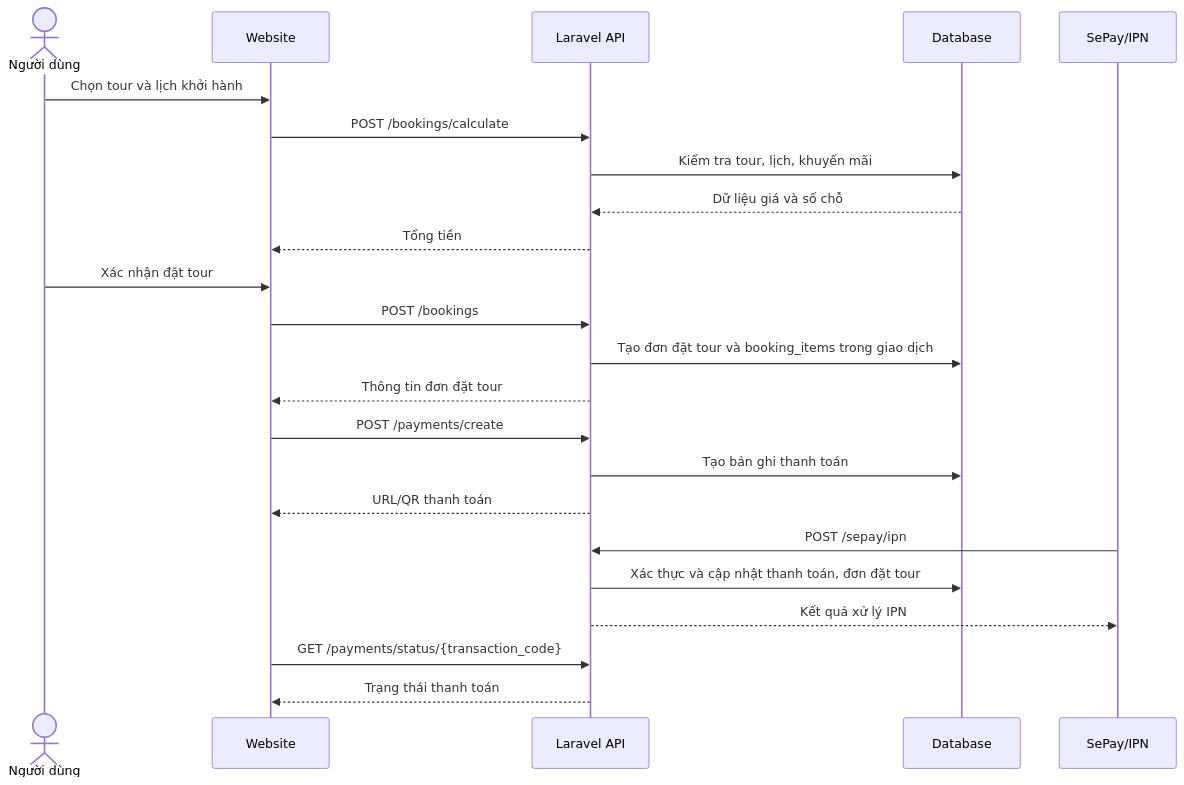
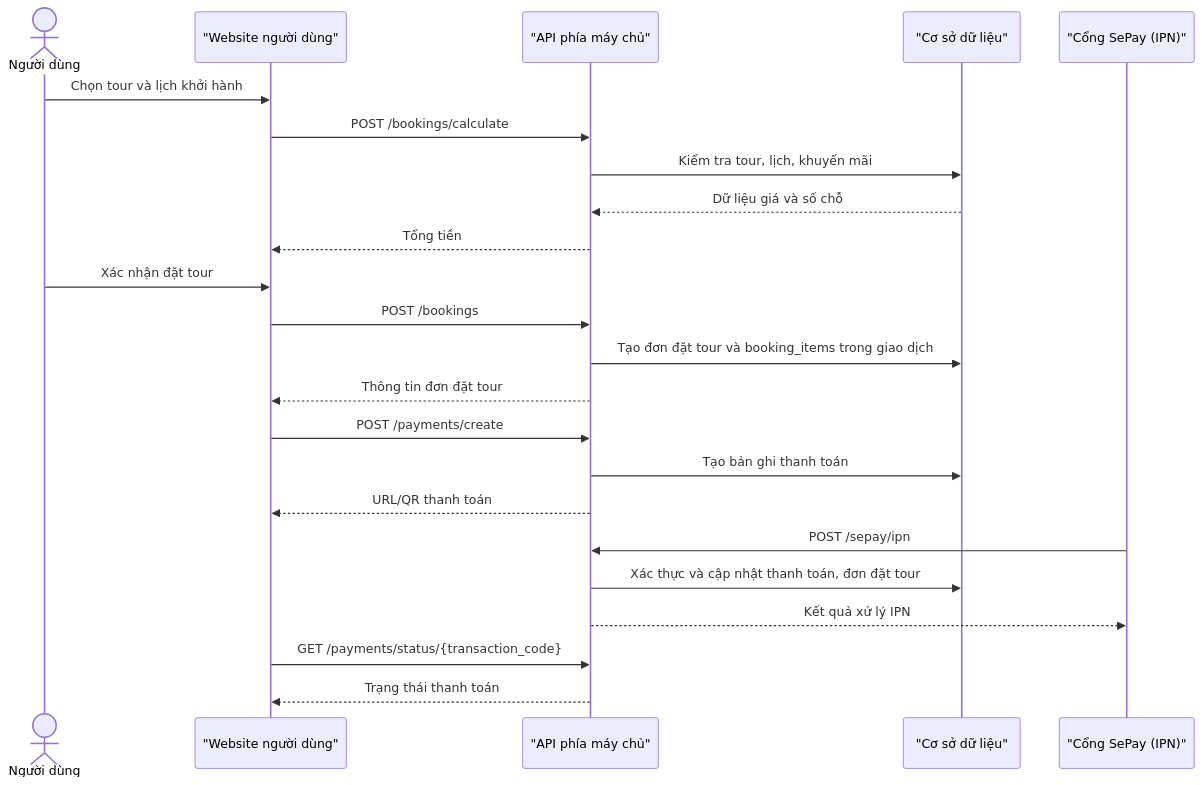
The fourth of 9 diagrams in bao-cao-do-an-danangtrip-md/03_chuong_2_phan_tich_thiet_ke_he_thong.md (TayDuyNguyen/DATN_Document), drawn with Mermaid before and after one commit. The commit also changed other lines of this file and 5 other files, not shown here.

````diff
--- a/bao-cao-do-an-danangtrip-md/03_chuong_2_phan_tich_thiet_ke_he_thong.md
+++ b/bao-cao-do-an-danangtrip-md/03_chuong_2_phan_tich_thiet_ke_he_thong.md
@@ -328,26 +355,26 @@
 ```mermaid
 sequenceDiagram
     actor U as Người dùng
-    participant W as Website
-    participant API as Laravel API
-    participant DB as Database
-    participant Pay as SePay/IPN
+    participant W as "Website người dùng"
+    participant API as "API phía máy chủ"
+    participant DB as "Cơ sở dữ liệu"
+    participant Pay as "Cổng SePay (IPN)"
 
     U->>W: Chọn tour và lịch khởi hành
     W->>API: POST /bookings/calculate
     API->>DB: Kiểm tra tour, lịch, khuyến mãi
     DB-->>API: Dữ liệu giá và số chỗ
     API-->>W: Tổng tiền
     U->>W: Xác nhận đặt tour
     W->>API: POST /bookings
     API->>DB: Tạo đơn đặt tour và booking_items trong giao dịch
     API-->>W: Thông tin đơn đặt tour
     W->>API: POST /payments/create
     API->>DB: Tạo bản ghi thanh toán
     API-->>W: URL/QR thanh toán
     Pay->>API: POST /sepay/ipn
     API->>DB: Xác thực và cập nhật thanh toán, đơn đặt tour
     API-->>Pay: Kết quả xử lý IPN
     W->>API: GET /payments/status/{transaction_code}
     API-->>W: Trạng thái thanh toán
 ```
````
